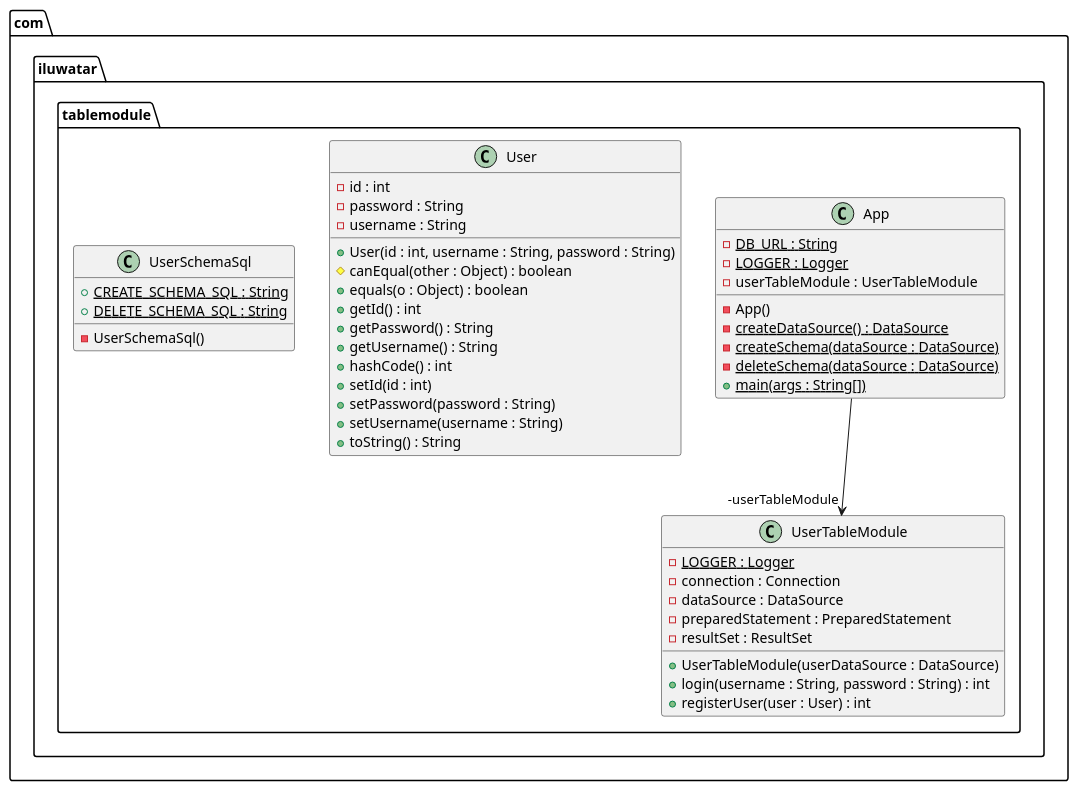
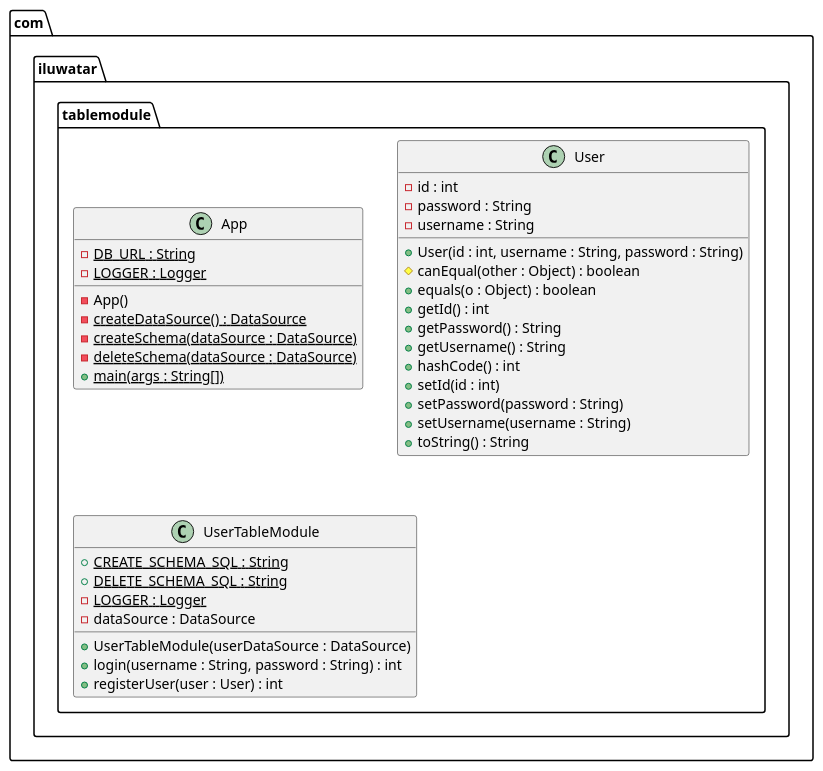
The diagram in table-module/etc/table-module.urm.puml (iluwatar/java-design-patterns), drawn with PlantUML before and after one commit. The commit also changed 6 other files, not shown here.

```diff
--- a/table-module/etc/table-module.urm.puml
+++ b/table-module/etc/table-module.urm.puml
@@ -1,46 +1,38 @@
 @startuml
 package com.iluwatar.tablemodule {
   class App {
     - DB_URL : String {static}
     - LOGGER : Logger {static}
-    - userTableModule : UserTableModule
     - App()
     - createDataSource() : DataSource {static}
     - createSchema(dataSource : DataSource) {static}
     - deleteSchema(dataSource : DataSource) {static}
     + main(args : String[]) {static}
   }
   class User {
     - id : int
     - password : String
     - username : String
     + User(id : int, username : String, password : String)
     # canEqual(other : Object) : boolean
     + equals(o : Object) : boolean
     + getId() : int
     + getPassword() : String
     + getUsername() : String
     + hashCode() : int
     + setId(id : int)
     + setPassword(password : String)
     + setUsername(username : String)
     + toString() : String
   }
-  class UserSchemaSql {
+  class UserTableModule {
     + CREATE_SCHEMA_SQL : String {static}
     + DELETE_SCHEMA_SQL : String {static}
-    - UserSchemaSql()
-  }
-  class UserTableModule {
     - LOGGER : Logger {static}
-    - connection : Connection
     - dataSource : DataSource
-    - preparedStatement : PreparedStatement
-    - resultSet : ResultSet
     + UserTableModule(userDataSource : DataSource)
     + login(username : String, password : String) : int
     + registerUser(user : User) : int
   }
 }
-App -->  "-userTableModule" UserTableModule
 @enduml
```
